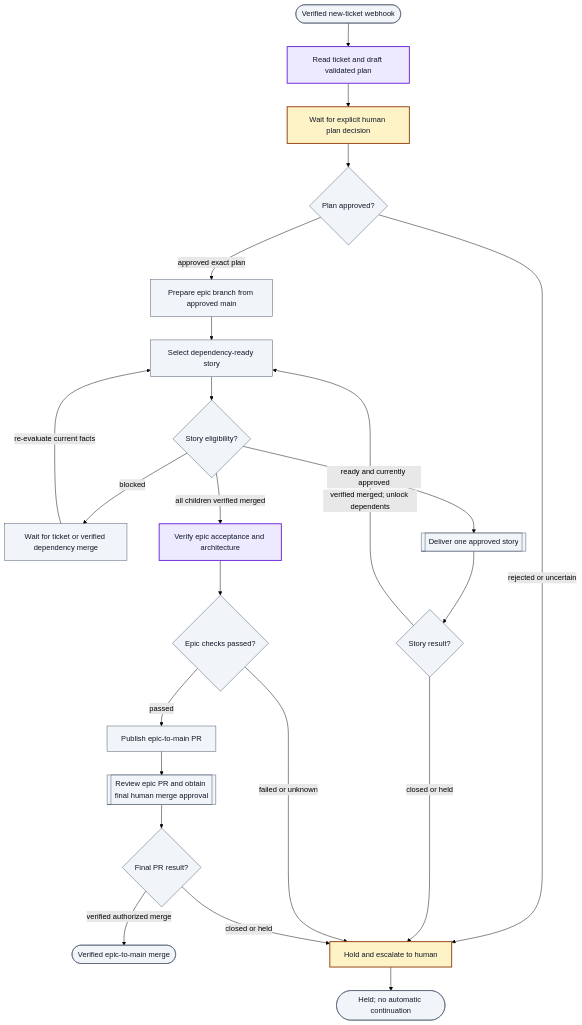
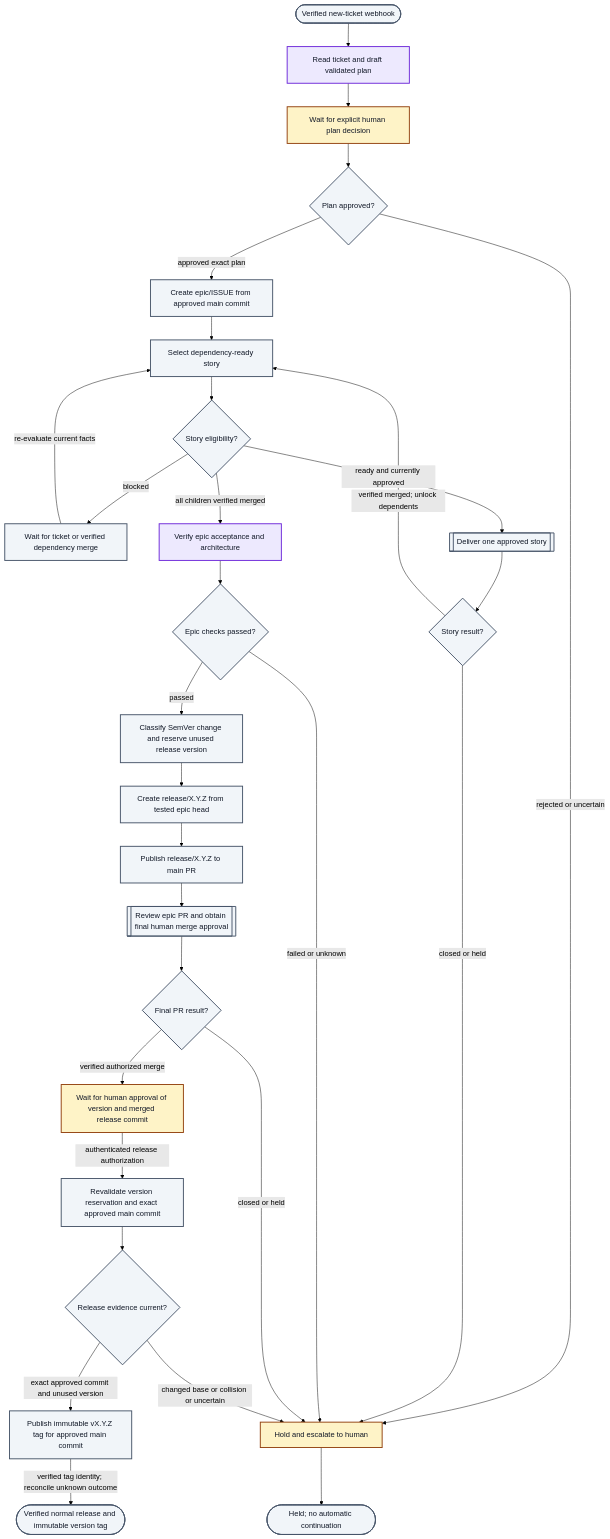
The first of 4 diagrams in docs/architecture/workflow-reference.md (skizzay/forgeflow), drawn with Mermaid (forest theme) before and after one commit. The commit also changed other lines of this file and 7 other files, not shown here.

````diff
--- a/docs/architecture/workflow-reference.md
+++ b/docs/architecture/workflow-reference.md
@@ -62,49 +64,62 @@
 ```mermaid
 flowchart TD
     ticketReceived(["Verified new-ticket webhook"])
     planWork["Read ticket and draft validated plan"]
     awaitPlanApproval["Wait for explicit human plan decision"]
     planDecision{"Plan approved?"}
-    prepareEpic["Prepare epic branch from approved main"]
+    prepareEpic["Create epic/ISSUE from approved main commit"]
     selectStory["Select dependency-ready story"]
     storyEligibility{"Story eligibility?"}
     awaitDependency["Wait for ticket or verified dependency merge"]
     deliverStory[["Deliver one approved story"]]
     storyResult{"Story result?"}
     verifyEpic["Verify epic acceptance and architecture"]
     epicChecks{"Epic checks passed?"}
-    publishEpicPR["Publish epic-to-main PR"]
+    reserveRelease["Classify SemVer change and reserve unused release version"]
+    prepareRelease["Create release/X.Y.Z from tested epic head"]
+    publishEpicPR["Publish release/X.Y.Z to main PR"]
     reviewEpic[["Review epic PR and obtain final human merge approval"]]
     epicResult{"Final PR result?"}
-    epicComplete(["Verified epic-to-main merge"])
+    awaitReleaseApproval["Wait for human approval of version and merged release commit"]
+    verifyRelease["Revalidate version reservation and exact approved main commit"]
+    releaseReady{"Release evidence current?"}
+    tagRelease["Publish immutable vX.Y.Z tag for approved main commit"]
+    epicComplete(["Verified normal release and immutable version tag"])
     epicHold["Hold and escalate to human"]
     epicHeld(["Held; no automatic continuation"])
     ticketReceived --> planWork
     planWork --> awaitPlanApproval
     awaitPlanApproval --> planDecision
     planDecision -->|"approved exact plan"| prepareEpic
     planDecision -->|"rejected or uncertain"| epicHold
     prepareEpic --> selectStory
     selectStory --> storyEligibility
     storyEligibility -->|"ready and currently approved"| deliverStory
     storyEligibility -->|"blocked"| awaitDependency
     awaitDependency -->|"re-evaluate current facts"| selectStory
     storyEligibility -->|"all children verified merged"| verifyEpic
     deliverStory --> storyResult
     storyResult -->|"verified merged; unlock dependents"| selectStory
     storyResult -->|"closed or held"| epicHold
     verifyEpic --> epicChecks
-    epicChecks -->|"passed"| publishEpicPR
+    epicChecks -->|"passed"| reserveRelease
     epicChecks -->|"failed or unknown"| epicHold
     publishEpicPR --> reviewEpic
     reviewEpic --> epicResult
-    epicResult -->|"verified authorized merge"| epicComplete
+    epicResult -->|"verified authorized merge"| awaitReleaseApproval
     epicResult -->|"closed or held"| epicHold
     epicHold --> epicHeld
+    reserveRelease --> prepareRelease
+    prepareRelease --> publishEpicPR
+    awaitReleaseApproval -->|"authenticated release authorization"| verifyRelease
+    verifyRelease --> releaseReady
+    releaseReady -->|"exact approved commit and unused version"| tagRelease
+    releaseReady -->|"changed base or collision or uncertain"| epicHold
+    tagRelease -->|"verified tag identity; reconcile unknown outcome"| epicComplete
     classDef agent fill:#ede9fe,stroke:#6d28d9,color:#111827,stroke-width:2px;
     classDef human fill:#fef3c7,stroke:#92400e,color:#111827,stroke-width:2px;
-    classDef automated fill:#f1f5f9,stroke:#475569,color:#111827;
+    classDef automated fill:#f1f5f9,stroke:#475569,color:#111827,stroke-width:2px;
     class planWork,verifyEpic agent;
-    class awaitPlanApproval,epicHold human;
-    class awaitDependency,deliverStory,epicChecks,epicComplete,epicHeld,epicResult,planDecision,prepareEpic,publishEpicPR,reviewEpic,selectStory,storyEligibility,storyResult,ticketReceived automated;
+    class awaitPlanApproval,awaitReleaseApproval,epicHold human;
+    class awaitDependency,deliverStory,epicChecks,epicComplete,epicHeld,epicResult,planDecision,prepareEpic,prepareRelease,publishEpicPR,releaseReady,reserveRelease,reviewEpic,selectStory,storyEligibility,storyResult,tagRelease,ticketReceived,verifyRelease automated;
 ```
````
